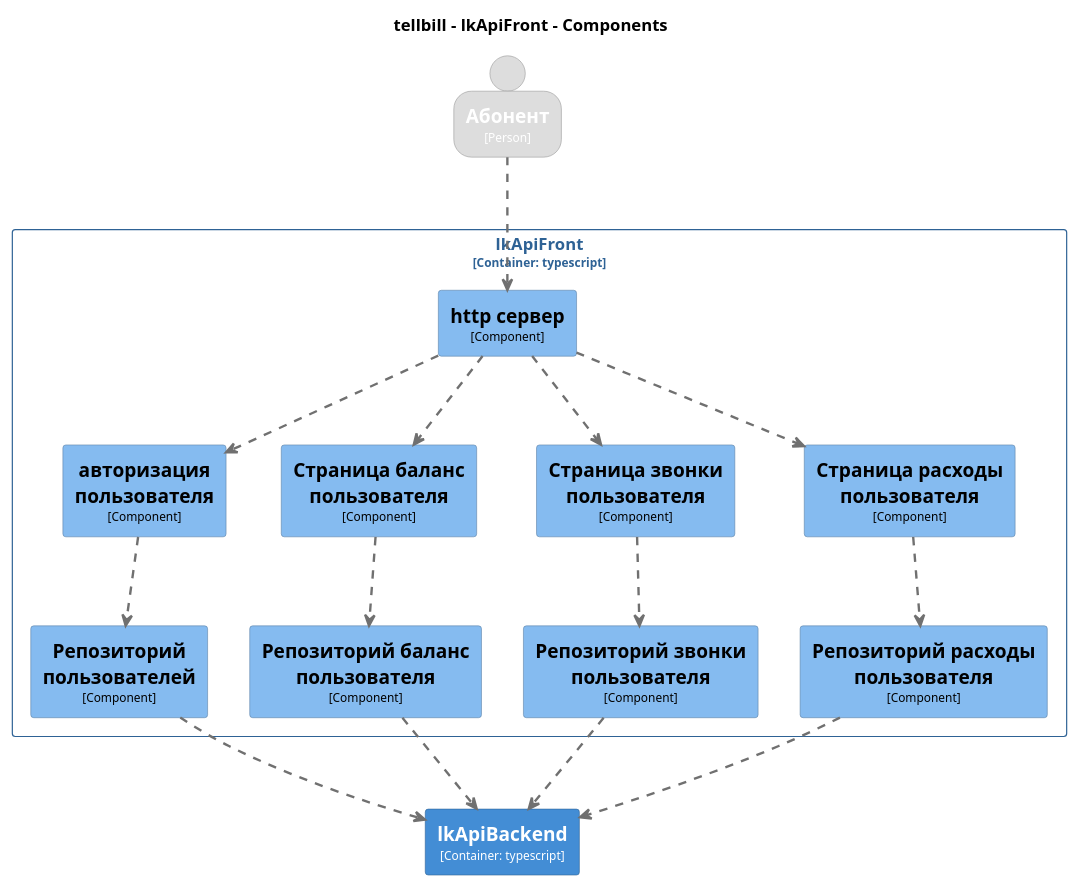
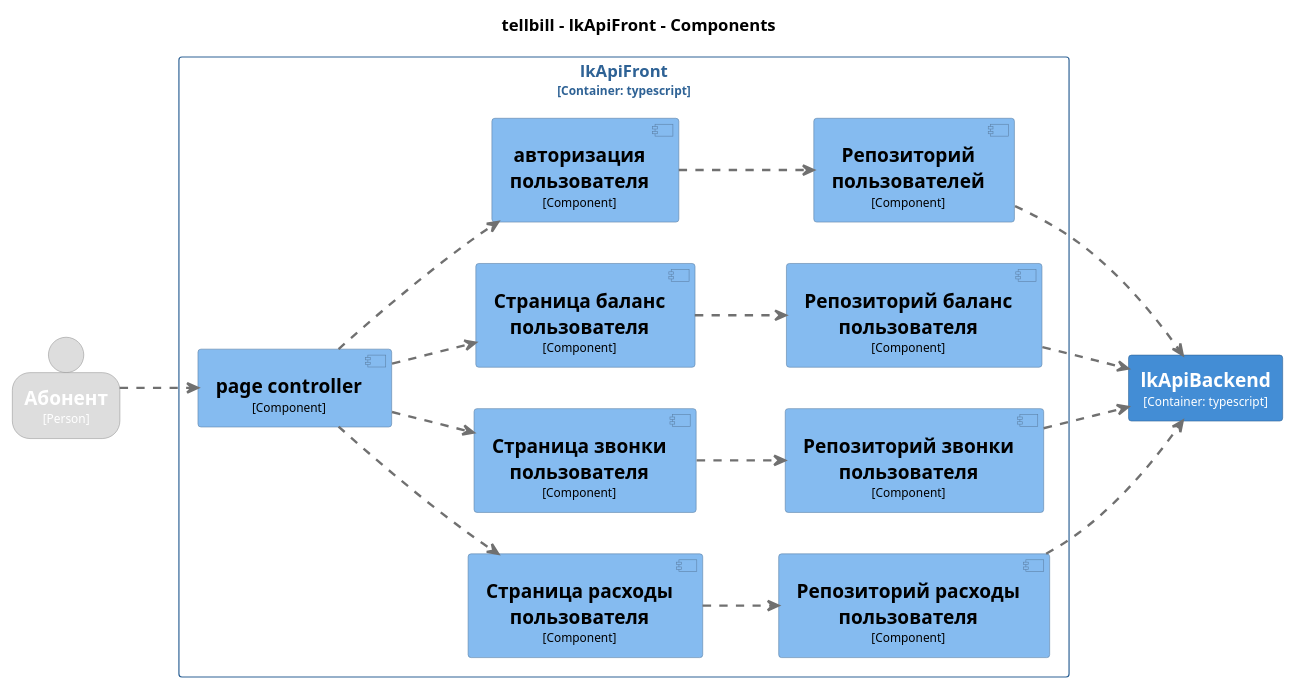
Before and after one commit to lfuuu/Diplom: the diagram in docs/c4-dsl/plantuml/structurizr-Component_lkFront.puml, drawn with PlantUML. The commit also changed 44 other files, not shown here.

```diff
--- a/docs/c4-dsl/plantuml/structurizr-Component_lkFront.puml
+++ b/docs/c4-dsl/plantuml/structurizr-Component_lkFront.puml
@@ -1,116 +1,116 @@
 @startuml
 set separator none
 title tellbill - lkApiFront - Components
 
-top to bottom direction
+left to right direction
 
 skinparam {
   arrowFontSize 10
   defaultTextAlignment center
   wrapWidth 200
   maxMessageSize 100
 }
 
 hide stereotype
 
-skinparam rectangle<<tellbill.lkApiFront.Peпозиторийзвонкипользователя>> {
+skinparam component<<tellbill.lkApiFront.Peпозиторийзвонкипользователя>> {
   BackgroundColor #85bbf0
   FontColor #000000
   BorderColor #5d82a8
   shadowing false
 }
-skinparam rectangle<<tellbill.lkApiFront.Peпозиторийрасходыпользователя>> {
-  BackgroundColor #85bbf0
-  FontColor #000000
-  BorderColor #5d82a8
-  shadowing false
-}
-skinparam rectangle<<tellbill.lkApiFront.httpсервер>> {
+skinparam component<<tellbill.lkApiFront.Peпозиторийрасходыпользователя>> {
   BackgroundColor #85bbf0
   FontColor #000000
   BorderColor #5d82a8
   shadowing false
 }
 skinparam rectangle<<tellbill.lkApiBackend>> {
   BackgroundColor #438dd5
   FontColor #ffffff
   BorderColor #2e6295
   shadowing false
 }
+skinparam component<<tellbill.lkApiFront.pagecontroller>> {
+  BackgroundColor #85bbf0
+  FontColor #000000
+  BorderColor #5d82a8
+  shadowing false
+}
 skinparam person<<Абонент>> {
   BackgroundColor #dddddd
   FontColor #ffffff
   BorderColor #9a9a9a
   shadowing false
 }
-skinparam rectangle<<tellbill.lkApiFront.Репозиторийбаланспользователя>> {
+skinparam component<<tellbill.lkApiFront.Репозиторийбаланспользователя>> {
   BackgroundColor #85bbf0
   FontColor #000000
   BorderColor #5d82a8
   shadowing false
 }
-skinparam rectangle<<tellbill.lkApiFront.Репозиторийпользователей>> {
+skinparam component<<tellbill.lkApiFront.Репозиторийпользователей>> {
   BackgroundColor #85bbf0
   FontColor #000000
   BorderColor #5d82a8
   shadowing false
 }
-skinparam rectangle<<tellbill.lkApiFront.Страницабаланспользователя>> {
+skinparam component<<tellbill.lkApiFront.Страницабаланспользователя>> {
   BackgroundColor #85bbf0
   FontColor #000000
   BorderColor #5d82a8
   shadowing false
 }
-skinparam rectangle<<tellbill.lkApiFront.Страницазвонкипользователя>> {
+skinparam component<<tellbill.lkApiFront.Страницазвонкипользователя>> {
   BackgroundColor #85bbf0
   FontColor #000000
   BorderColor #5d82a8
   shadowing false
 }
-skinparam rectangle<<tellbill.lkApiFront.Страницарасходыпользователя>> {
+skinparam component<<tellbill.lkApiFront.Страницарасходыпользователя>> {
   BackgroundColor #85bbf0
   FontColor #000000
   BorderColor #5d82a8
   shadowing false
 }
-skinparam rectangle<<tellbill.lkApiFront.авторизацияпользователя>> {
+skinparam component<<tellbill.lkApiFront.авторизацияпользователя>> {
   BackgroundColor #85bbf0
   FontColor #000000
   BorderColor #5d82a8
   shadowing false
 }
 skinparam rectangle<<tellbill.lkApiFront>> {
   BorderColor #2e6295
   FontColor #2e6295
   shadowing false
 }
 
 person "==Абонент\n<size:10>[Person]</size>" <<Абонент>> as Абонент
 rectangle "==lkApiBackend\n<size:10>[Container: typescript]</size>" <<tellbill.lkApiBackend>> as tellbill.lkApiBackend
 
 rectangle "lkApiFront\n<size:10>[Container: typescript]</size>" <<tellbill.lkApiFront>> {
-  rectangle "==http сервер\n<size:10>[Component]</size>" <<tellbill.lkApiFront.httpсервер>> as tellbill.lkApiFront.httpсервер
-  rectangle "==авторизация пользователя\n<size:10>[Component]</size>" <<tellbill.lkApiFront.авторизацияпользователя>> as tellbill.lkApiFront.авторизацияпользователя
-  rectangle "==Страница баланс пользователя\n<size:10>[Component]</size>" <<tellbill.lkApiFront.Страницабаланспользователя>> as tellbill.lkApiFront.Страницабаланспользователя
-  rectangle "==Страница звонки пользователя\n<size:10>[Component]</size>" <<tellbill.lkApiFront.Страницазвонкипользователя>> as tellbill.lkApiFront.Страницазвонкипользователя
-  rectangle "==Страница расходы пользователя\n<size:10>[Component]</size>" <<tellbill.lkApiFront.Страницарасходыпользователя>> as tellbill.lkApiFront.Страницарасходыпользователя
-  rectangle "==Репозиторий пользователей\n<size:10>[Component]</size>" <<tellbill.lkApiFront.Репозиторийпользователей>> as tellbill.lkApiFront.Репозиторийпользователей
-  rectangle "==Репозиторий баланс пользователя\n<size:10>[Component]</size>" <<tellbill.lkApiFront.Репозиторийбаланспользователя>> as tellbill.lkApiFront.Репозиторийбаланспользователя
-  rectangle "==Peпозиторий звонки пользователя\n<size:10>[Component]</size>" <<tellbill.lkApiFront.Peпозиторийзвонкипользователя>> as tellbill.lkApiFront.Peпозиторийзвонкипользователя
-  rectangle "==Peпозиторий расходы пользователя\n<size:10>[Component]</size>" <<tellbill.lkApiFront.Peпозиторийрасходыпользователя>> as tellbill.lkApiFront.Peпозиторийрасходыпользователя
+  component "==page controller\n<size:10>[Component]</size>" <<tellbill.lkApiFront.pagecontroller>> as tellbill.lkApiFront.pagecontroller
+  component "==авторизация пользователя\n<size:10>[Component]</size>" <<tellbill.lkApiFront.авторизацияпользователя>> as tellbill.lkApiFront.авторизацияпользователя
+  component "==Страница баланс пользователя\n<size:10>[Component]</size>" <<tellbill.lkApiFront.Страницабаланспользователя>> as tellbill.lkApiFront.Страницабаланспользователя
+  component "==Страница звонки пользователя\n<size:10>[Component]</size>" <<tellbill.lkApiFront.Страницазвонкипользователя>> as tellbill.lkApiFront.Страницазвонкипользователя
+  component "==Страница расходы пользователя\n<size:10>[Component]</size>" <<tellbill.lkApiFront.Страницарасходыпользователя>> as tellbill.lkApiFront.Страницарасходыпользователя
+  component "==Репозиторий пользователей\n<size:10>[Component]</size>" <<tellbill.lkApiFront.Репозиторийпользователей>> as tellbill.lkApiFront.Репозиторийпользователей
+  component "==Репозиторий баланс пользователя\n<size:10>[Component]</size>" <<tellbill.lkApiFront.Репозиторийбаланспользователя>> as tellbill.lkApiFront.Репозиторийбаланспользователя
+  component "==Peпозиторий звонки пользователя\n<size:10>[Component]</size>" <<tellbill.lkApiFront.Peпозиторийзвонкипользователя>> as tellbill.lkApiFront.Peпозиторийзвонкипользователя
+  component "==Peпозиторий расходы пользователя\n<size:10>[Component]</size>" <<tellbill.lkApiFront.Peпозиторийрасходыпользователя>> as tellbill.lkApiFront.Peпозиторийрасходыпользователя
 }
 
-tellbill.lkApiFront.httpсервер .[#707070,thickness=2].> tellbill.lkApiFront.авторизацияпользователя : "<color:#707070>"
-tellbill.lkApiFront.httpсервер .[#707070,thickness=2].> tellbill.lkApiFront.Страницабаланспользователя : "<color:#707070>"
-tellbill.lkApiFront.httpсервер .[#707070,thickness=2].> tellbill.lkApiFront.Страницазвонкипользователя : "<color:#707070>"
-tellbill.lkApiFront.httpсервер .[#707070,thickness=2].> tellbill.lkApiFront.Страницарасходыпользователя : "<color:#707070>"
+Абонент .[#707070,thickness=2].> tellbill.lkApiFront.pagecontroller : "<color:#707070>"
+tellbill.lkApiFront.pagecontroller .[#707070,thickness=2].> tellbill.lkApiFront.авторизацияпользователя : "<color:#707070>"
+tellbill.lkApiFront.pagecontroller .[#707070,thickness=2].> tellbill.lkApiFront.Страницабаланспользователя : "<color:#707070>"
+tellbill.lkApiFront.pagecontroller .[#707070,thickness=2].> tellbill.lkApiFront.Страницазвонкипользователя : "<color:#707070>"
+tellbill.lkApiFront.pagecontroller .[#707070,thickness=2].> tellbill.lkApiFront.Страницарасходыпользователя : "<color:#707070>"
 tellbill.lkApiFront.авторизацияпользователя .[#707070,thickness=2].> tellbill.lkApiFront.Репозиторийпользователей : "<color:#707070>"
 tellbill.lkApiFront.Страницабаланспользователя .[#707070,thickness=2].> tellbill.lkApiFront.Репозиторийбаланспользователя : "<color:#707070>"
 tellbill.lkApiFront.Страницазвонкипользователя .[#707070,thickness=2].> tellbill.lkApiFront.Peпозиторийзвонкипользователя : "<color:#707070>"
 tellbill.lkApiFront.Страницарасходыпользователя .[#707070,thickness=2].> tellbill.lkApiFront.Peпозиторийрасходыпользователя : "<color:#707070>"
 tellbill.lkApiFront.Репозиторийпользователей .[#707070,thickness=2].> tellbill.lkApiBackend : "<color:#707070>"
 tellbill.lkApiFront.Репозиторийбаланспользователя .[#707070,thickness=2].> tellbill.lkApiBackend : "<color:#707070>"
 tellbill.lkApiFront.Peпозиторийзвонкипользователя .[#707070,thickness=2].> tellbill.lkApiBackend : "<color:#707070>"
 tellbill.lkApiFront.Peпозиторийрасходыпользователя .[#707070,thickness=2].> tellbill.lkApiBackend : "<color:#707070>"
-Абонент .[#707070,thickness=2].> tellbill.lkApiFront.httpсервер : "<color:#707070>"
 @enduml
```
